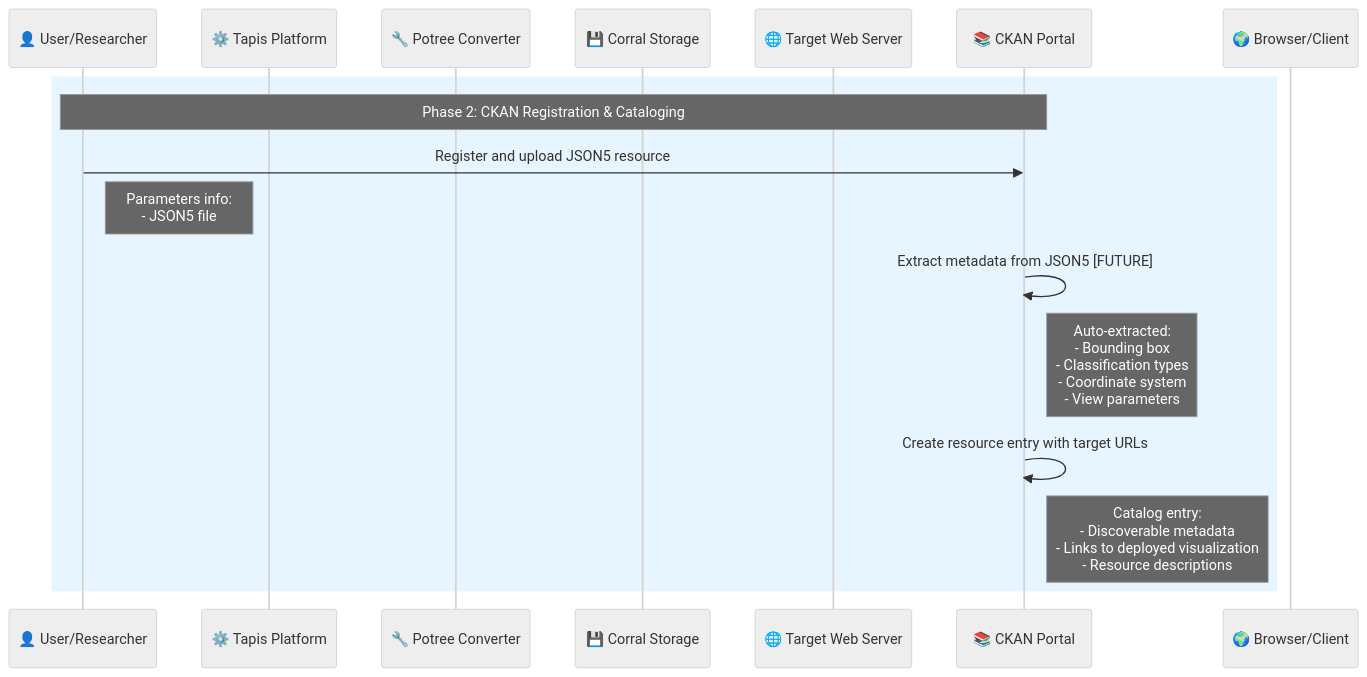
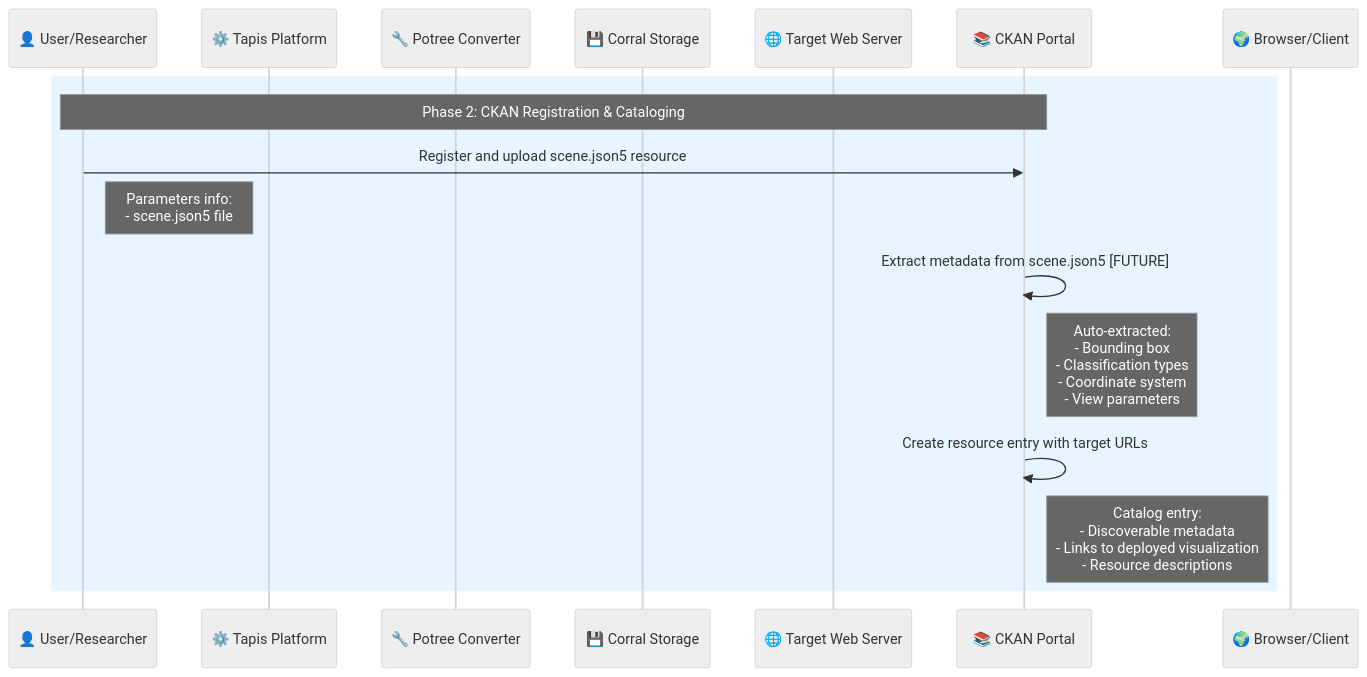
Before and after one commit to In-For-Disaster-Analytics/potree: the second of 5 diagrams in README-pipeline.md, drawn with Mermaid. The commit also changed other lines of this file, not shown here.

Commit message:
Update README-pipeline.md to reflect changes in scene.json5 configuration references

````diff
--- a/README-pipeline.md
+++ b/README-pipeline.md
@@ -125,25 +125,25 @@
 ```mermaid
 %%{ init : { "theme" : "neutral", "themeVariables" : { "primaryColor" : "#fff", "primaryTextColor" : "#000", "primaryBorderColor" : "#000", "lineColor" : "#000", "secondaryColor" : "#f8f8f8", "tertiaryColor" : "#f0f0f0" }}}%%
 sequenceDiagram
     participant User as 👤 User/Researcher
     participant Tapis as ⚙️ Tapis Platform
     participant Potree as 🔧 Potree Converter
     participant Corral as 💾 Corral Storage
     participant Target as 🌐 Target Web Server
     participant CKAN as 📚 CKAN Portal
     participant Browser as 🌍 Browser/Client
 
     %% CKAN Registration Phase
     rect rgb(230, 245, 255)
         Note over User,CKAN: Phase 2: CKAN Registration & Cataloging
-        User->>CKAN: Register and upload JSON5 resource
-        Note right of User: Parameters info:<br/>- JSON5 file
+        User->>CKAN: Register and upload scene.json5 resource
+        Note right of User: Parameters info:<br/>- scene.json5 file
 
-        CKAN->>CKAN: Extract metadata from JSON5 [FUTURE]
+        CKAN->>CKAN: Extract metadata from scene.json5 [FUTURE]
         Note right of CKAN: Auto-extracted:<br/>- Bounding box<br/>- Classification types<br/>- Coordinate system<br/>- View parameters
 
         CKAN->>CKAN: Create resource entry with target URLs
         Note right of CKAN: Catalog entry:<br/>- Discoverable metadata<br/>- Links to deployed visualization<br/>- Resource descriptions
     end
 
 ```
````
